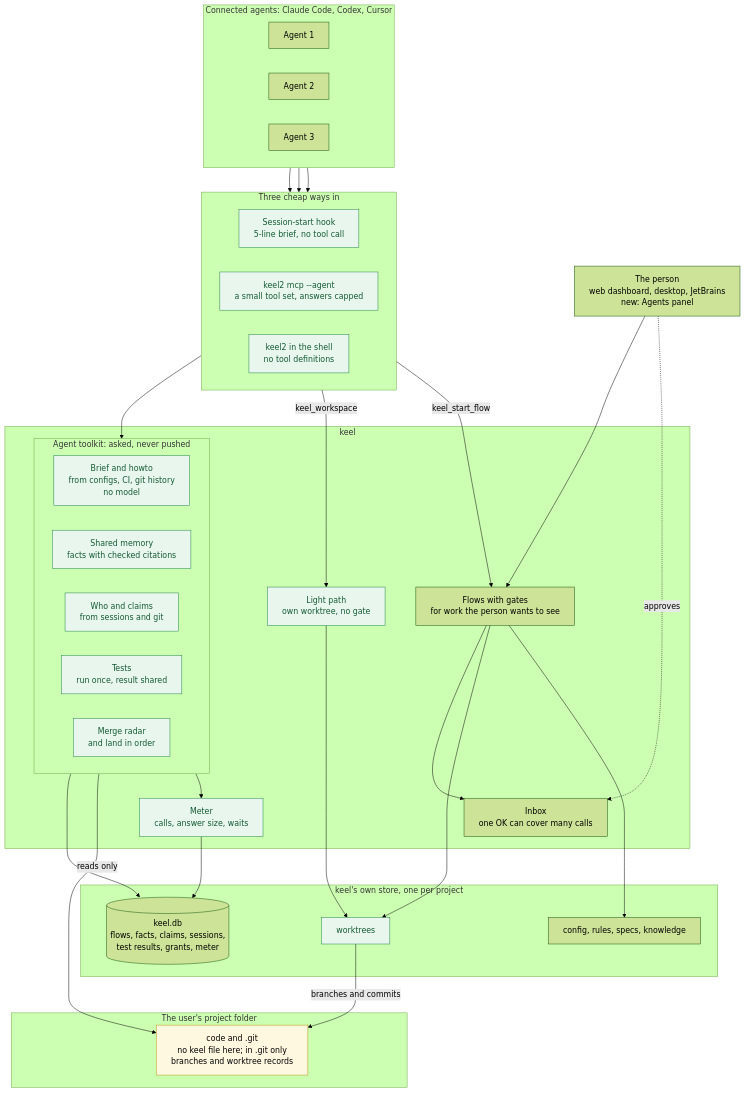
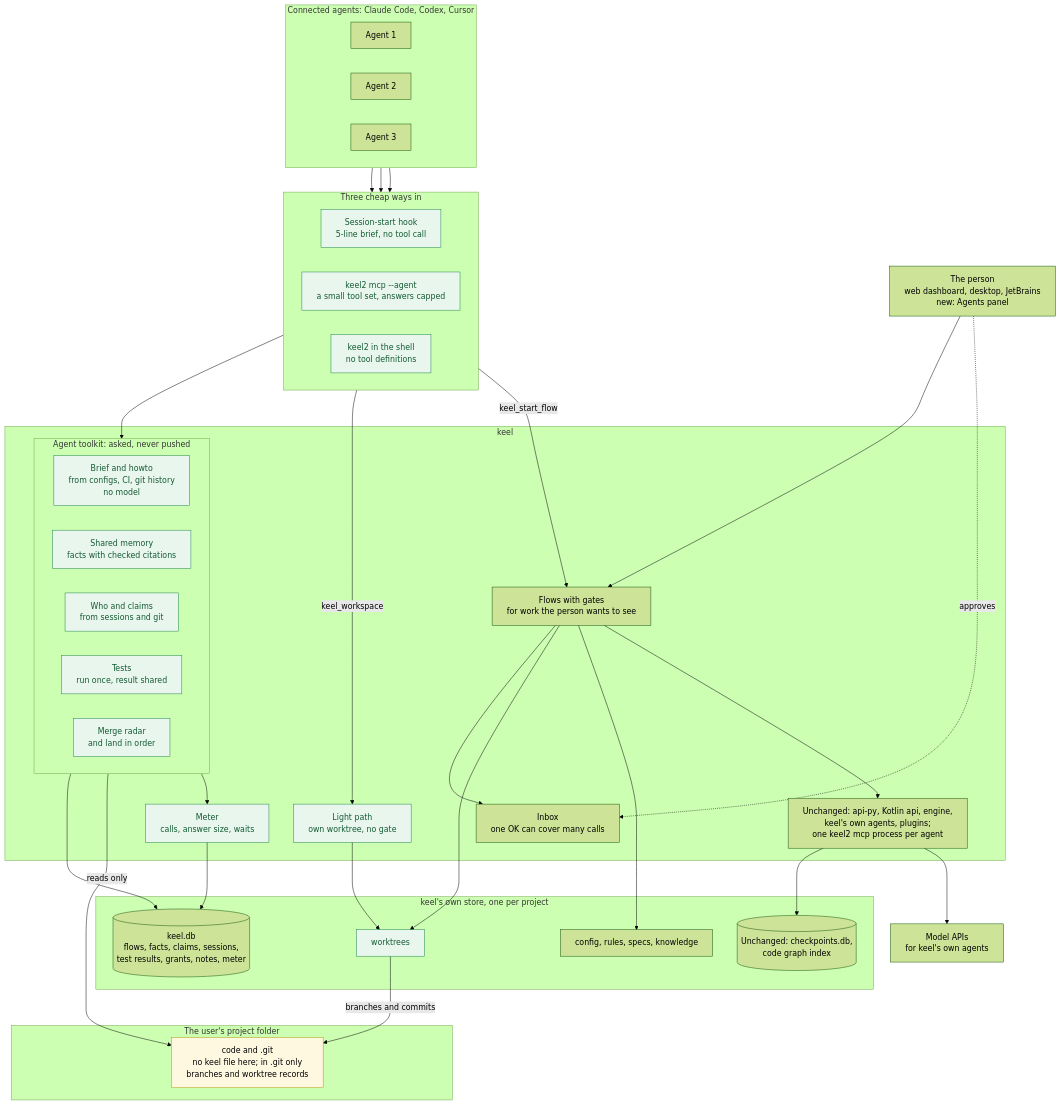
The fourth of 7 diagrams in docs/research/keel-feature-proposal.md (MiladNalbandi/keel-v2), drawn with Mermaid (forest theme) before and after one commit. The commit also changed other lines of this file and 6 other files, not shown here.

````diff
--- a/docs/research/keel-feature-proposal.md
+++ b/docs/research/keel-feature-proposal.md
@@ -715,67 +761,74 @@
 ```mermaid
 %%{init: {"flowchart": {"wrappingWidth": 320}}}%%
 flowchart TB
   PERSON["The person<br/>web dashboard, desktop, JetBrains<br/>new: Agents panel"]
 
   subgraph AGENTS["Connected agents: Claude Code, Codex, Cursor"]
     direction LR
     A1["Agent 1"]
     A2["Agent 2"]
     A3["Agent 3"]
   end
 
   subgraph DOORS["Three cheap ways in"]
     direction LR
     HOOK["Session-start hook<br/>5-line brief, no tool call"]
     MCPA["keel2 mcp --agent<br/>a small tool set, answers capped"]
     CLI["keel2 in the shell<br/>no tool definitions"]
   end
 
   subgraph KEEL["keel"]
     subgraph KIT["Agent toolkit: asked, never pushed"]
       direction LR
       KNOW["Brief and howto<br/>from configs, CI, git history<br/>no model"]
       MEM["Shared memory<br/>facts with checked citations"]
       WHO["Who and claims<br/>from sessions and git"]
       TEST["Tests<br/>run once, result shared"]
       MERGE["Merge radar<br/>and land in order"]
     end
     LIGHT["Light path<br/>own worktree, no gate"]
     FLOWS["Flows with gates<br/>for work the person wants to see"]
+    CORE["Unchanged: api-py, Kotlin api, engine,<br/>keel's own agents, plugins;<br/>one keel2 mcp process per agent"]
     INBOX["Inbox<br/>one OK can cover many calls"]
     METER["Meter<br/>calls, answer size, waits"]
   end
 
   subgraph STORE["keel's own store, one per project"]
-    DB[("keel.db<br/>flows, facts, claims, sessions,<br/>test results, grants, meter")]
+    DB[("keel.db<br/>flows, facts, claims, sessions,<br/>test results, grants, notes, meter")]
+    OLD[("Unchanged: checkpoints.db,<br/>code graph index")]
     FILES["config, rules, specs, knowledge"]
     TREES["worktrees"]
   end
 
   subgraph PROJECT["The user's project folder"]
     CODE["code and .git<br/>no keel file here; in .git only<br/>branches and worktree records"]
   end
+
+  MODELS["Model APIs<br/>for keel's own agents"]
 
   A1 --> DOORS
   A2 --> DOORS
   A3 --> DOORS
   DOORS --> KIT
   DOORS -->|"keel_workspace"| LIGHT
   DOORS -->|"keel_start_flow"| FLOWS
   PERSON --> FLOWS
   PERSON -.->|"approves"| INBOX
   FLOWS --> INBOX
   KIT --> DB
   KIT -->|"reads only"| CODE
   LIGHT --> TREES
   FLOWS --> TREES
   FLOWS --> FILES
   TREES -->|"branches and commits"| CODE
   METER --> DB
   KIT --> METER
+  FLOWS --> CORE
+  CORE --> OLD
+  CORE --> MODELS
 
   classDef new fill:#e8f6ee,stroke:#1e8449,color:#145a32
   class HOOK,MCPA,CLI,KNOW,MEM,WHO,TEST,MERGE,LIGHT,METER,TREES new
   classDef project fill:#fff8e1,stroke:#b7950b
   class CODE project
 ```
````
